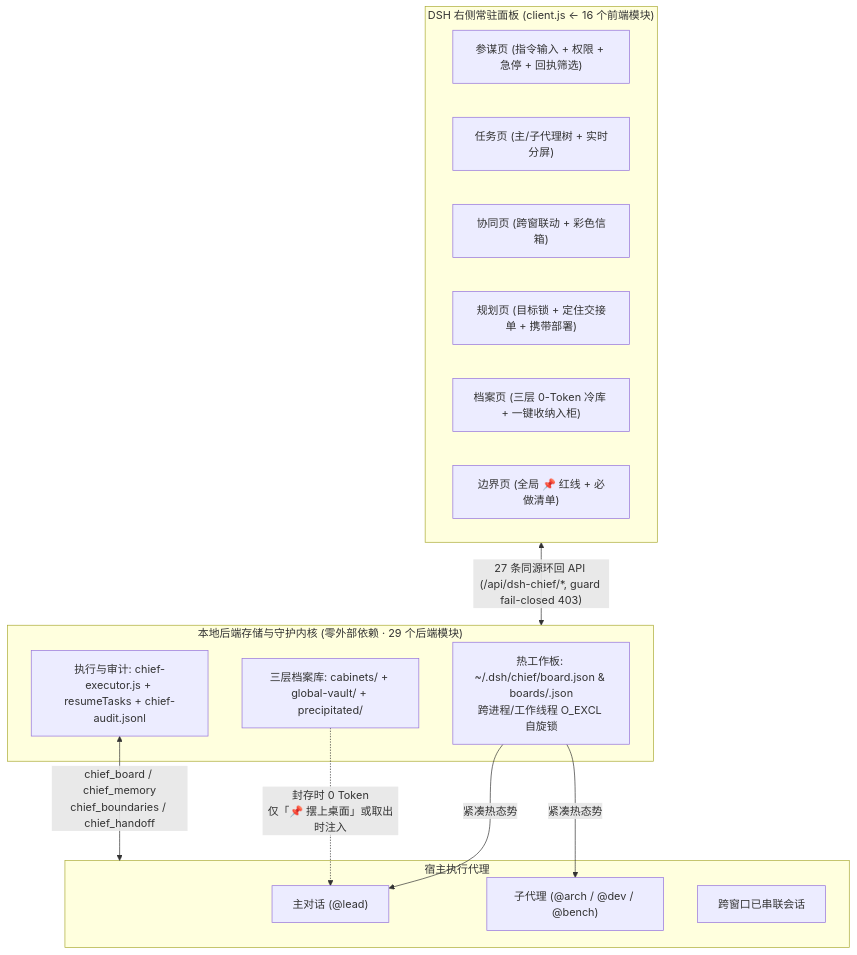
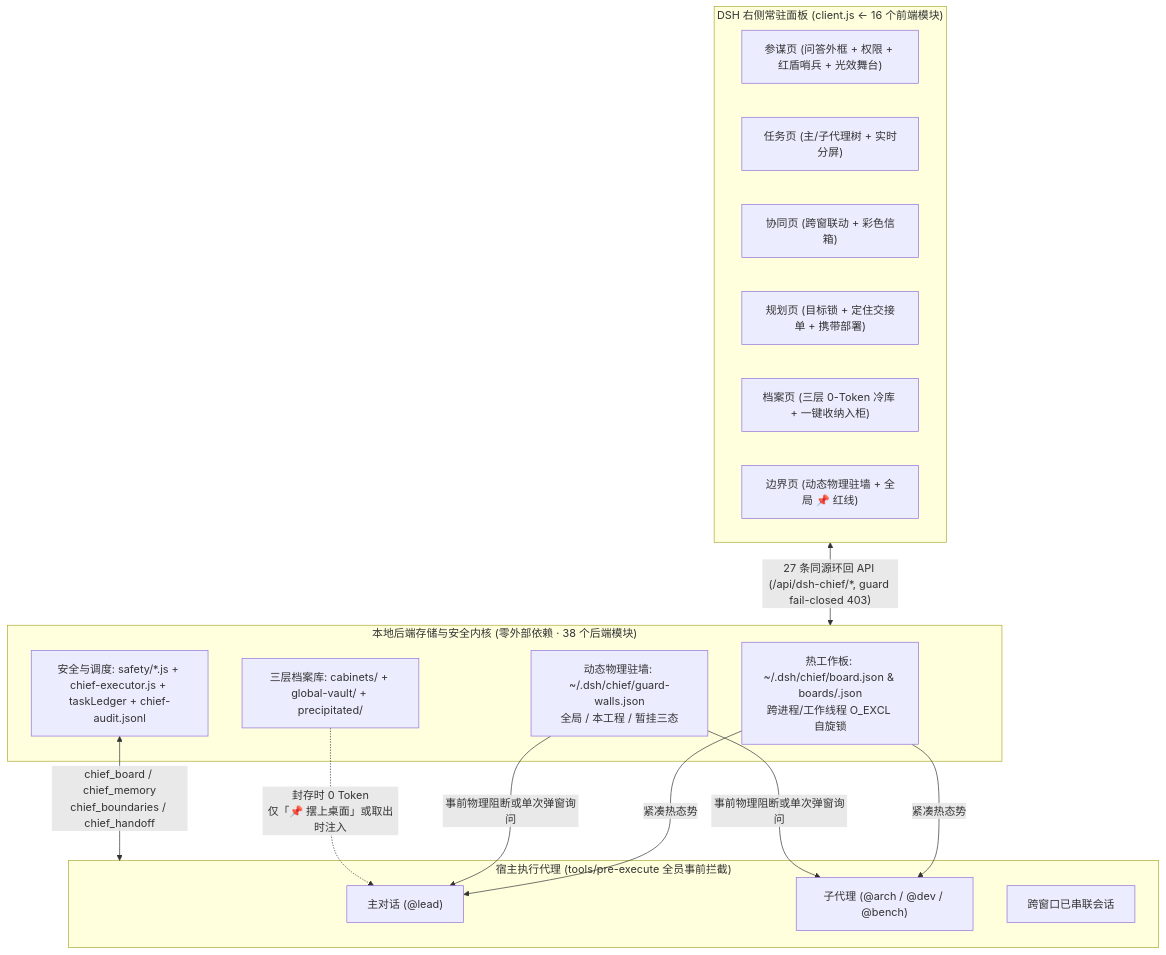
The diagram in data/readmes/gluztm__dsh-chief.md (zqf20096327/ai_collect), drawn with Mermaid before and after one commit. The commit also changed other lines of this file and 1946 other files, not shown here.

````diff
--- a/data/readmes/gluztm__dsh-chief.md
+++ b/data/readmes/gluztm__dsh-chief.md
@@ -157,29 +159,32 @@
 ```mermaid
 flowchart TB
   subgraph UI["DSH 右侧常驻面板 (client.js <- 16 个前端模块)"]
-    T1["参谋页 (指令输入 + 权限 + 急停 + 回执筛选)"]
+    T1["参谋页 (问答外框 + 权限 + 红盾哨兵 + 光效舞台)"]
     T2["任务页 (主/子代理树 + 实时分屏)"]
     T3["协同页 (跨窗联动 + 彩色信箱)"]
     T4["规划页 (目标锁 + 定住交接单 + 携带部署)"]
     T5["档案页 (三层 0-Token 冷库 + 一键收纳入柜)"]
-    T6["边界页 (全局 📌 红线 + 必做清单)"]
+    T6["边界页 (动态物理驻墙 + 全局 📌 红线)"]
   end
 
-  subgraph Core["本地后端存储与守护内核 (零外部依赖 · 29 个后端模块)"]
+  subgraph Core["本地后端存储与安全内核 (零外部依赖 · 38 个后端模块)"]
     Hot["热工作板: ~/.dsh/chief/board.json & boards/<sid>.json\n跨进程/工作线程 O_EXCL 自旋锁"]
+    Walls["动态物理驻墙: ~/.dsh/chief/guard-walls.json\n全局 / 本工程 / 暂挂三态"]
     Cold["三层档案库: cabinets/ + global-vault/ + precipitated/"]
-    Bus["执行与审计: chief-executor.js + resumeTasks + chief-audit.jsonl"]
+    Bus["安全与调度: safety/*.js + chief-executor.js + taskLedger + chief-audit.jsonl"]
   end
 
-  subgraph Agents["宿主执行代理"]
+  subgraph Agents["宿主执行代理 (tools/pre-execute 全员事前拦截)"]
     Lead["主对话 (@lead)"]
     Subs["子代理 (@arch / @dev / @bench)"]
     Peers["跨窗口已串联会话"]
   end
 
   UI <-->|"27 条同源环回 API (/api/dsh-chief/*, guard fail-closed 403)"| Core
   Hot -->|"紧凑热态势"| Lead
   Hot -->|"紧凑热态势"| Subs
+  Walls -->|"事前物理阻断或单次弹窗询问"| Lead
+  Walls -->|"事前物理阻断或单次弹窗询问"| Subs
   Cold -.->|"封存时 0 Token\n仅「📌 摆上桌面」或取出时注入"| Lead
   Bus <-->|"chief_board / chief_memory\nchief_boundaries / chief_handoff"| Agents
 ```
````
